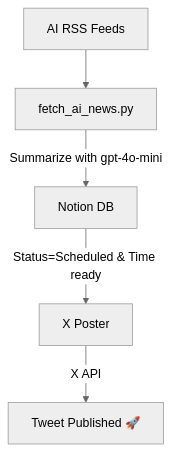
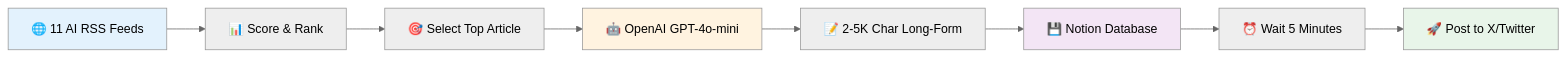
The first of 2 diagrams in README.md (skalaliya/notion-x-scheduler), drawn with Mermaid (neutral theme) before and after one commit. The commit also changed other lines of this file, not shown here.

````diff
--- a/README.md
+++ b/README.md
@@ -31,7 +36,15 @@
 ```mermaid
-graph TD
-    A[AI RSS Feeds] --> B[fetch_ai_news.py]
-    B -->|Summarize with gpt-4o-mini| C[Notion DB]
-    C -->|Status=Scheduled & Time ready| D[X Poster]
-    D -->|X API| E[Tweet Published 🚀]
+graph LR
+    A[🌐 11 AI RSS Feeds] --> B[📊 Score & Rank]
+    B --> C[🎯 Select Top Article]
+    C --> D[🤖 OpenAI GPT-4o-mini]
+    D --> E[📝 2-5K Char Long-Form]
+    E --> F[💾 Notion Database]
+    F --> G[⏰ Wait 5 Minutes]
+    G --> H[🚀 Post to X/Twitter]
+    
+    style A fill:#e3f2fd
+    style D fill:#fff3e0
+    style F fill:#f3e5f5
+    style H fill:#e8f5e9
 ```
````
